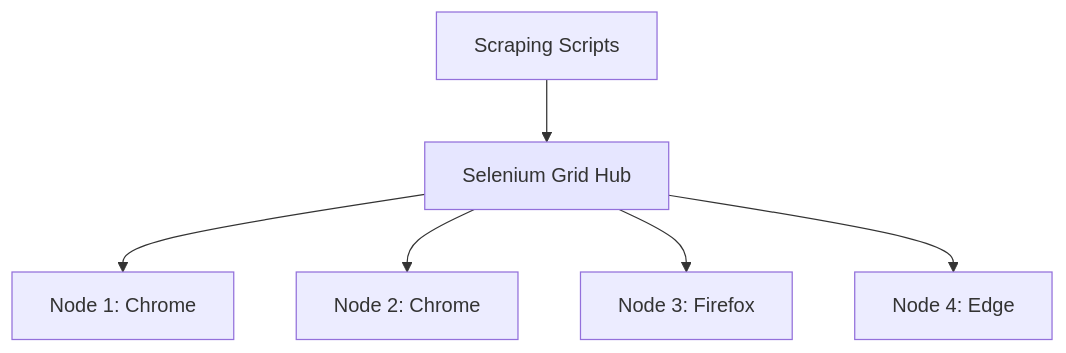
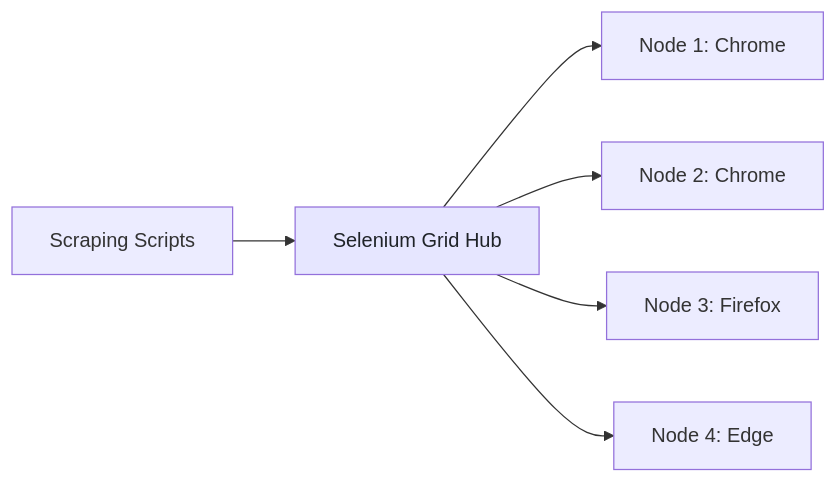
Before and after one commit to bytetunnels/bytetunnels.github.com: the third of 4 diagrams in _posts/2026-03-05-selenium-vs-puppeteer-definitive-comparison-web-scraping.md, drawn with Mermaid. The commit also changed other lines of this file and 118 other files, not shown here.

Commit message:
feat: improve diagram styling and compact wide flowcharts

````diff
--- a/_posts/2026-03-05-selenium-vs-puppeteer-definitive-comparison-web-scraping.md
+++ b/_posts/2026-03-05-selenium-vs-puppeteer-definitive-comparison-web-scraping.md
@@ -275,10 +275,10 @@
 ```mermaid
-flowchart TD
+flowchart LR
     A["Scraping Scripts"] --> B["Selenium Grid Hub"]
     B --> C["Node 1: Chrome"]
     B --> D["Node 2: Chrome"]
     B --> E["Node 3: Firefox"]
     B --> F["Node 4: Edge"]
 
-    style B fill:#e6e6ff
+    style B fill:#e6e6ff,color:#1f2328
 ```
````
